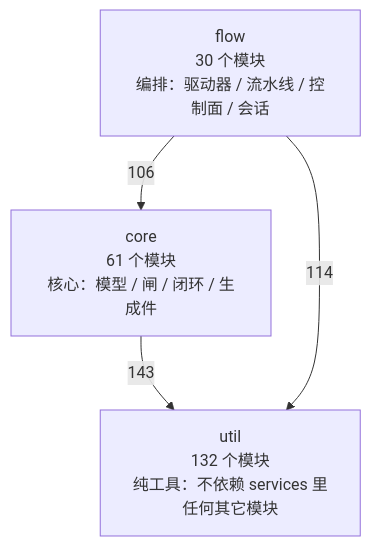
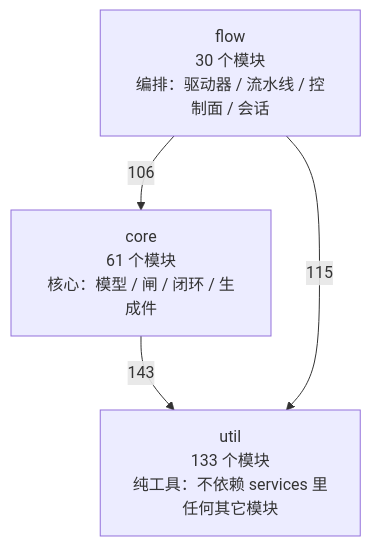
One commit to 2686521696/WhyBuddy changed the first of 4 diagrams in docs/SlideRule V6.2 架构图（自动生成）.md. Above: the diagram before and after it, drawn with Mermaid. The commit also changed other lines of this file and 5 other files, not shown here.

````diff
--- a/docs/SlideRule V6.2 架构图（自动生成）.md
+++ b/docs/SlideRule V6.2 架构图（自动生成）.md
@@ -48,9 +48,9 @@
 ```mermaid
 flowchart TB
-  util["util<br/>132 个模块<br/>纯工具：不依赖 services 里任何其它模块"]
+  util["util<br/>133 个模块<br/>纯工具：不依赖 services 里任何其它模块"]
   core["core<br/>61 个模块<br/>核心：模型 / 闸 / 闭环 / 生成件"]
   flow["flow<br/>30 个模块<br/>编排：驱动器 / 流水线 / 控制面 / 会话"]
   core -->|143| util
   flow -->|106| core
-  flow -->|114| util
+  flow -->|115| util
 ```
````
